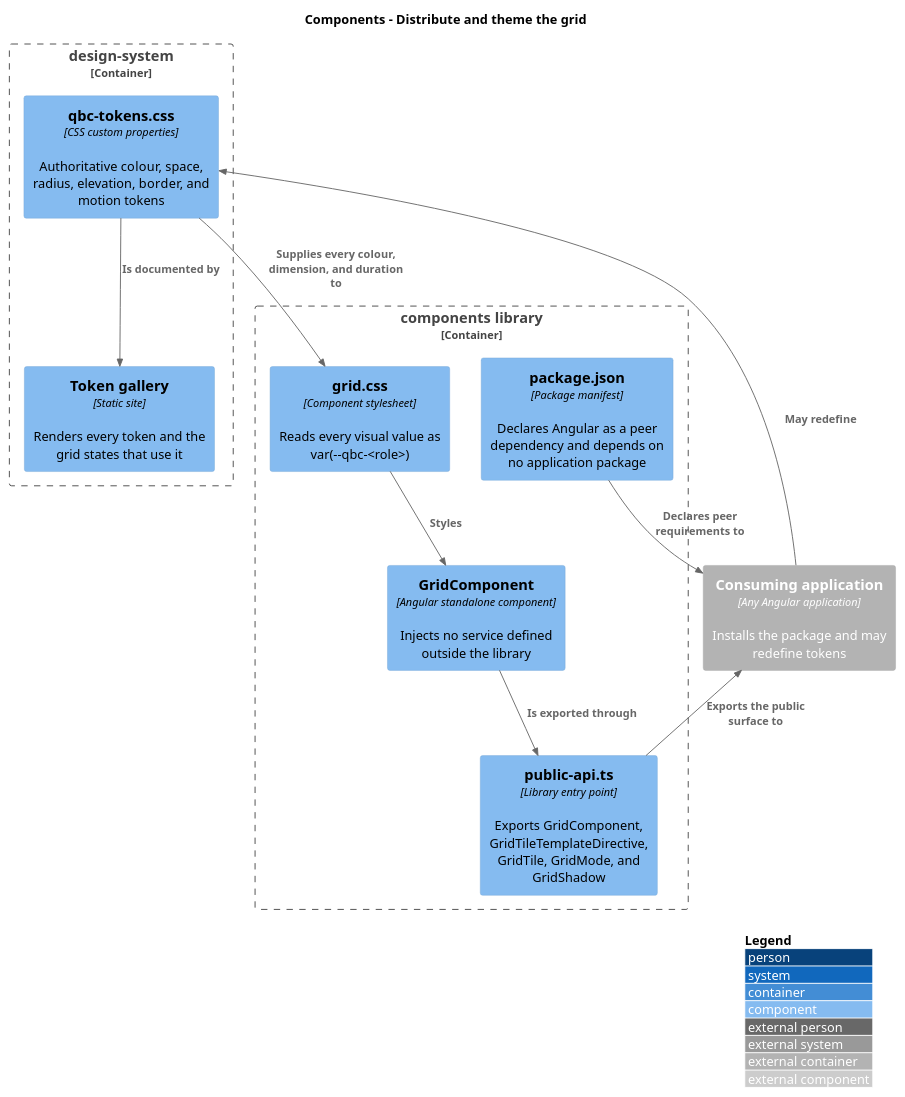
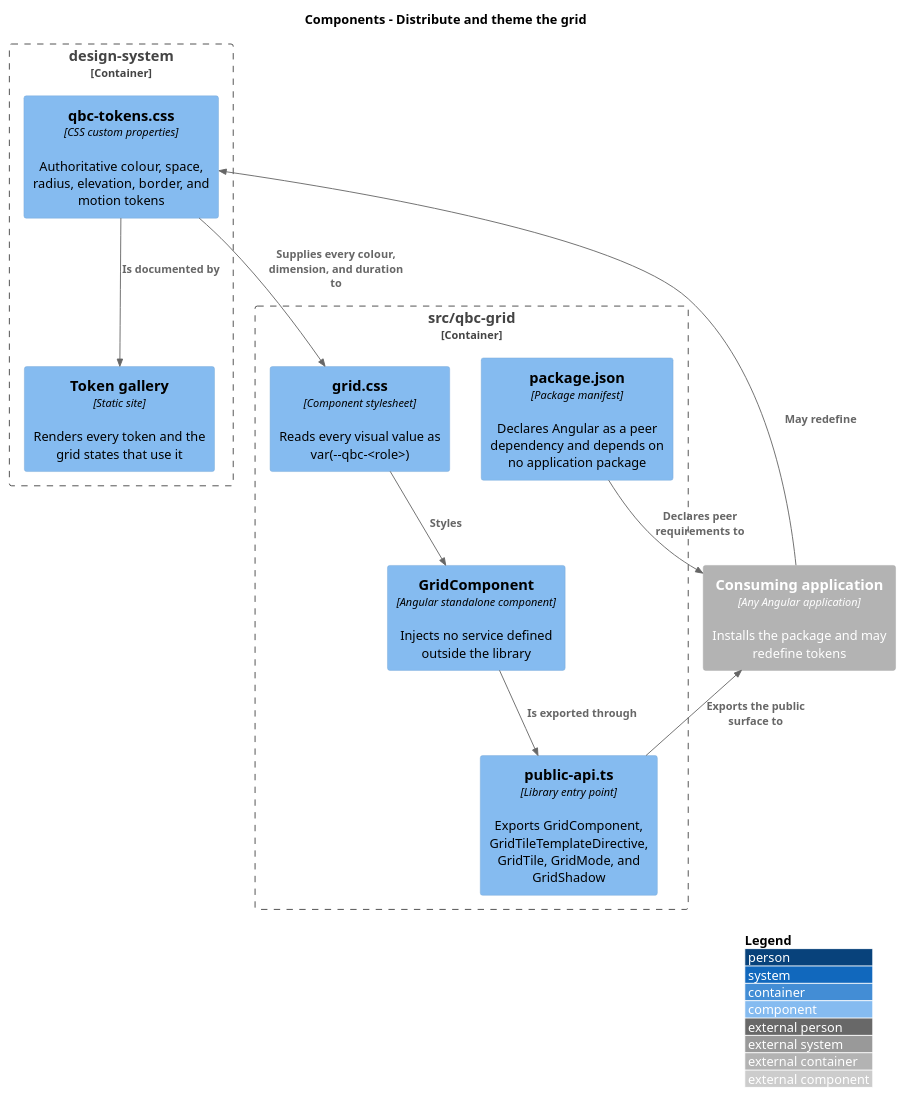
The diagram in docs/detailed-designs/library-delivery/theme-the-grid/diagrams/c4-component.puml (QuinntyneBrown/qbc-grid), drawn with PlantUML before and after one commit. The commit also changed 84 other files, not shown here.

```diff
--- a/docs/detailed-designs/library-delivery/theme-the-grid/diagrams/c4-component.puml
+++ b/docs/detailed-designs/library-delivery/theme-the-grid/diagrams/c4-component.puml
@@ -1,27 +1,27 @@
 @startuml
 !include <C4/C4_Component>
 LAYOUT_WITH_LEGEND()
 title Components - Distribute and theme the grid
 
 Container_Boundary(ds, "design-system") {
   Component(tokens, "qbc-tokens.css", "CSS custom properties", "Authoritative colour, space, radius, elevation, border, and motion tokens")
   Component(site, "Token gallery", "Static site", "Renders every token and the grid states that use it")
 }
 
-Container_Boundary(components, "components library") {
+Container_Boundary(components, "src/qbc-grid") {
   Component(entry, "public-api.ts", "Library entry point", "Exports GridComponent, GridTileTemplateDirective, GridTile, GridMode, and GridShadow")
   Component(grid, "GridComponent", "Angular standalone component", "Injects no service defined outside the library")
   Component(styles, "grid.css", "Component stylesheet", "Reads every visual value as var(--qbc-<role>)")
   Component(pkg, "package.json", "Package manifest", "Declares Angular as a peer dependency and depends on no application package")
 }
 
 Container_Ext(consumer, "Consuming application", "Any Angular application", "Installs the package and may redefine tokens")
 
 Rel(tokens, styles, "Supplies every colour, dimension, and duration to")
 Rel(tokens, site, "Is documented by")
 Rel(entry, consumer, "Exports the public surface to")
 Rel(grid, entry, "Is exported through")
 Rel(styles, grid, "Styles")
 Rel(pkg, consumer, "Declares peer requirements to")
 Rel(consumer, tokens, "May redefine")
 @enduml
```
